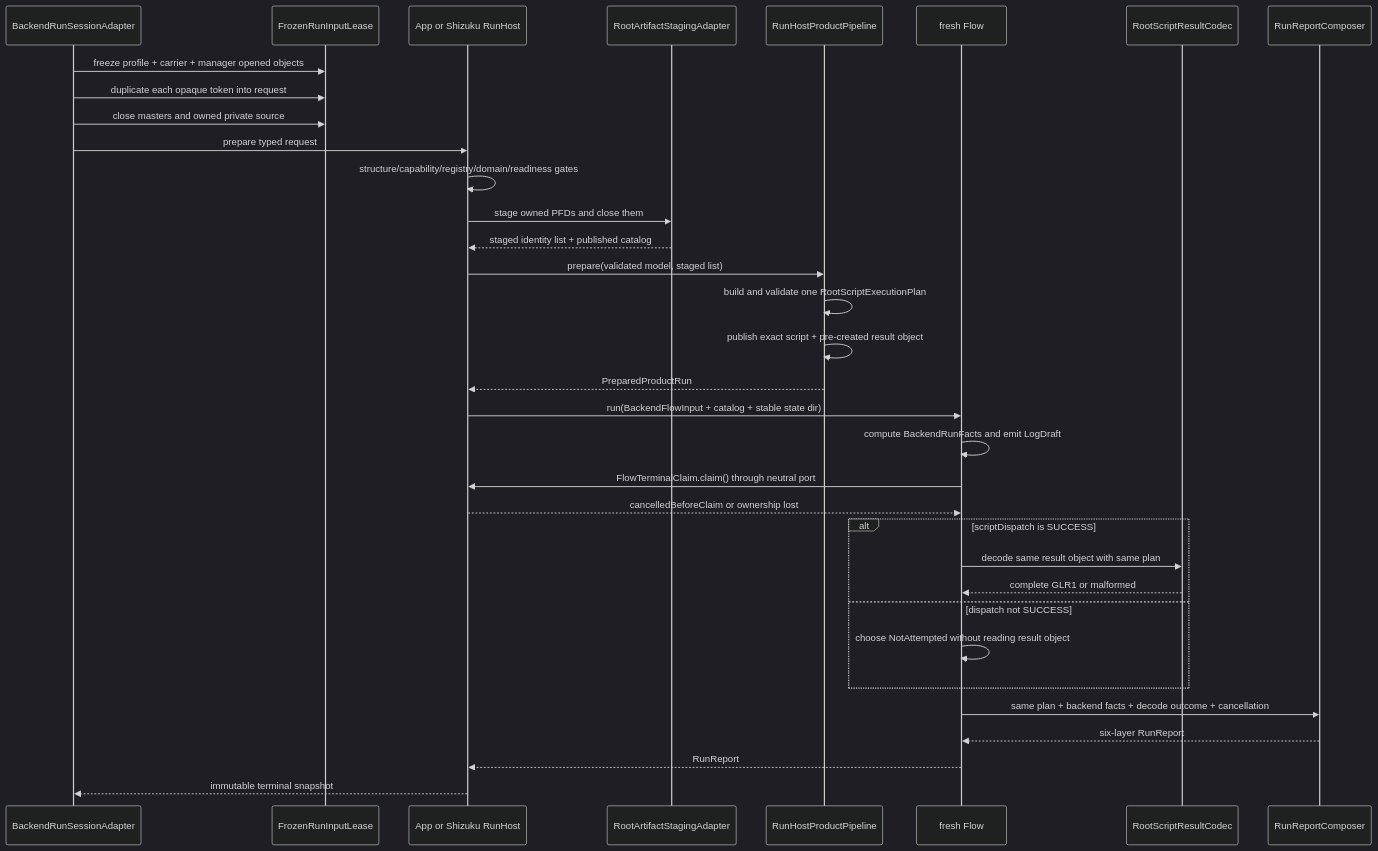
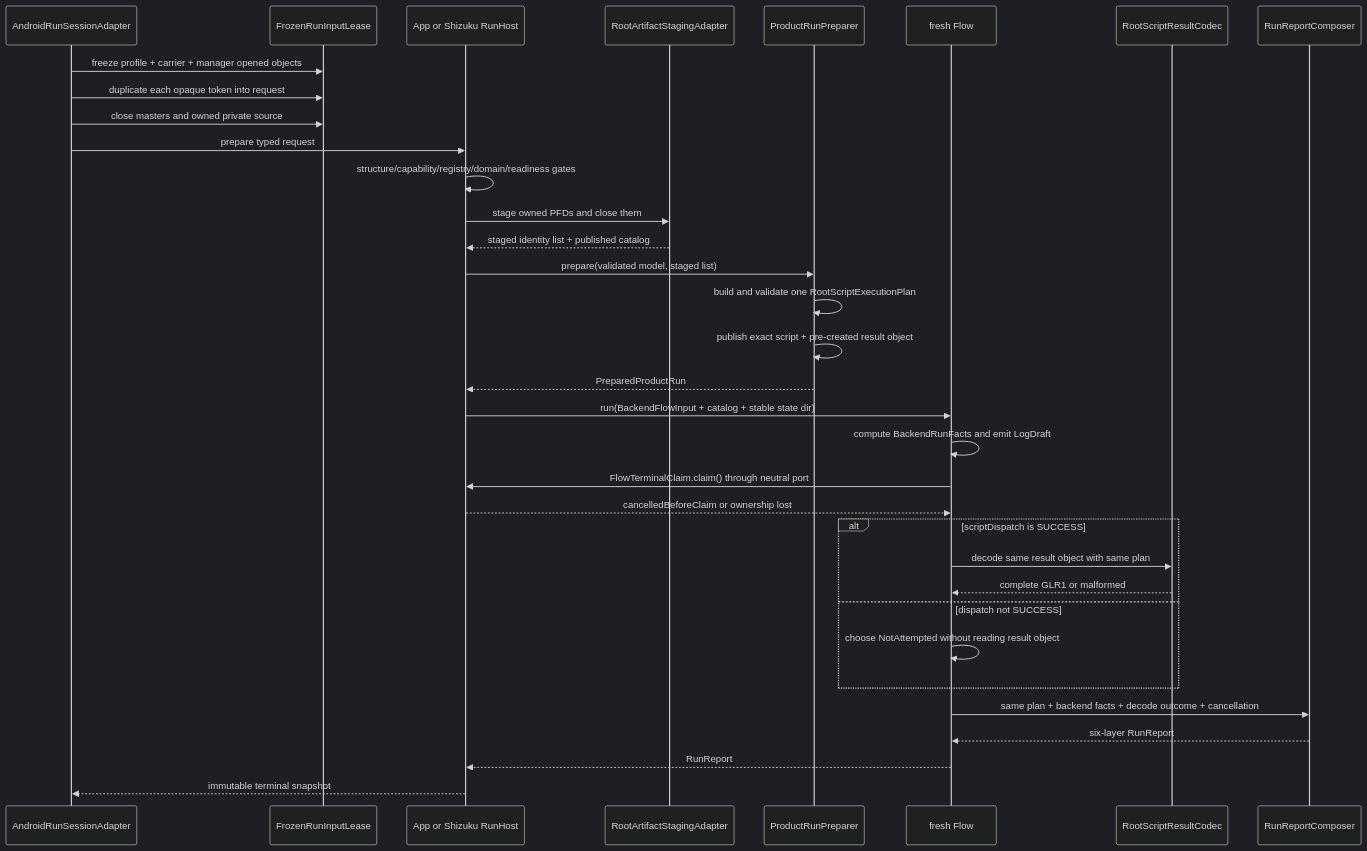
Before and after one commit to YuKongA/ghostlock-app: diagram 53 of 59 in docs/development/full-process-uml.md, drawn with Mermaid (dark theme). The commit also changed other lines of this file and 276 other files, not shown here.

Commit message:
refactor(app): unify backend runtime and run infrastructure

```diff
--- a/docs/development/full-process-uml.md
+++ b/docs/development/full-process-uml.md
@@ -1802,37 +1996,37 @@
 ~~~mermaid
 sequenceDiagram
-  participant A as BackendRunSessionAdapter
+  participant A as AndroidRunSessionAdapter
   participant L as FrozenRunInputLease
   participant H as App or Shizuku RunHost
   participant S as RootArtifactStagingAdapter
-  participant P as RunHostProductPipeline
+  participant P as ProductRunPreparer
   participant F as fresh Flow
   participant C as RootScriptResultCodec
   participant R as RunReportComposer
 
   A->>L: freeze profile + carrier + manager opened objects
   A->>L: duplicate each opaque token into request
   A->>L: close masters and owned private source
   A->>H: prepare typed request
   H->>H: structure/capability/registry/domain/readiness gates
   H->>S: stage owned PFDs and close them
   S-->>H: staged identity list + published catalog
   H->>P: prepare(validated model, staged list)
   P->>P: build and validate one RootScriptExecutionPlan
   P->>P: publish exact script + pre-created result object
   P-->>H: PreparedProductRun
   H->>F: run(BackendFlowInput + catalog + stable state dir)
   F->>F: compute BackendRunFacts and emit LogDraft
   F->>H: FlowTerminalClaim.claim() through neutral port
   H-->>F: cancelledBeforeClaim or ownership lost
   alt scriptDispatch is SUCCESS
     F->>C: decode same result object with same plan
     C-->>F: complete GLR1 or malformed
   else dispatch not SUCCESS
     F->>F: choose NotAttempted without reading result object
   end
   F->>R: same plan + backend facts + decode outcome + cancellation
   R-->>F: six-layer RunReport
   F-->>H: RunReport
   H-->>A: immutable terminal snapshot
 ~~~
```
